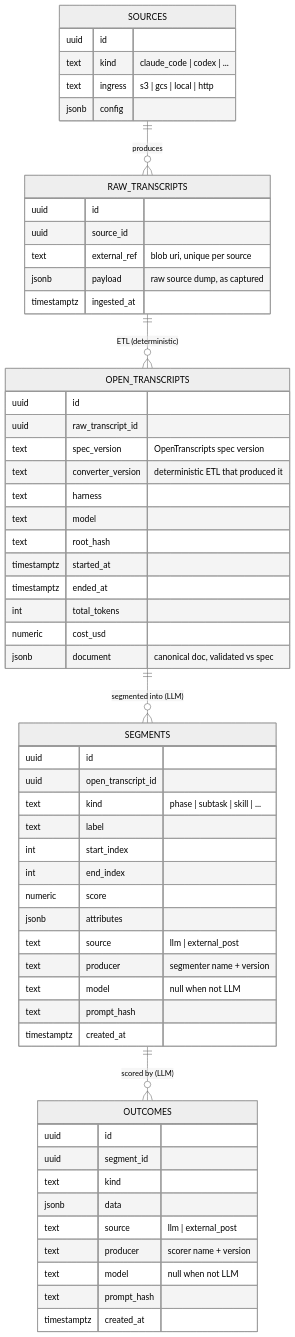
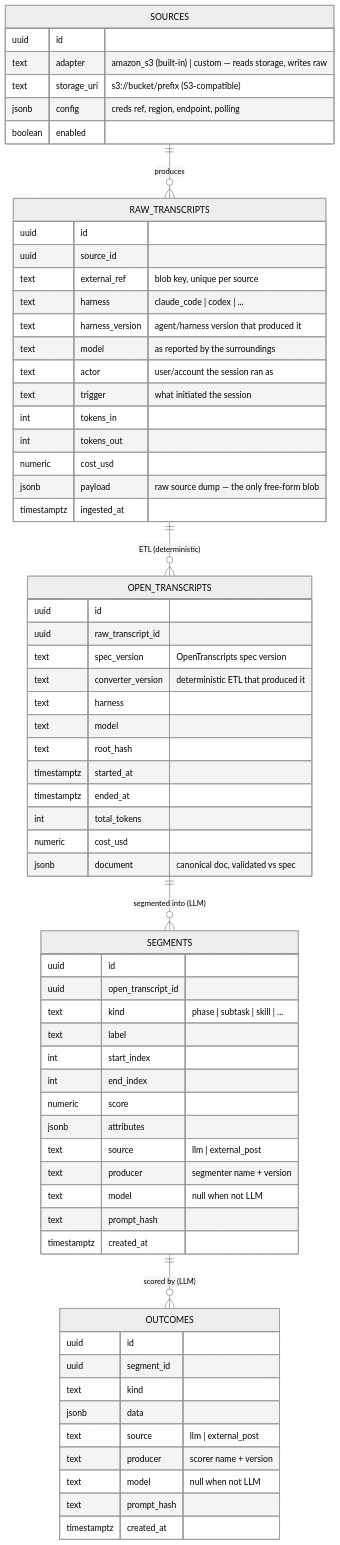
The second of 4 diagrams in docs/architecture.md (pulsemcp/switchboard), drawn with Mermaid (neutral theme) before and after one commit. The commit also changed other lines of this file and 3 other files, not shown here.

First line of the commit message:
docs: pluggable source adapters, raw sidecar columns, auth trajectory, agent-instruction layout

````diff
--- a/docs/architecture.md
+++ b/docs/architecture.md
@@ -64,61 +67,70 @@
 ```mermaid
 erDiagram
   SOURCES          ||--o{ RAW_TRANSCRIPTS  : produces
   RAW_TRANSCRIPTS  ||--o{ OPEN_TRANSCRIPTS : "ETL (deterministic)"
   OPEN_TRANSCRIPTS ||--o{ SEGMENTS         : "segmented into (LLM)"
   SEGMENTS         ||--o{ OUTCOMES         : "scored by (LLM)"
 
   SOURCES {
     uuid id
-    text kind             "claude_code | codex | ..."
-    text ingress          "s3 | gcs | local | http"
-    jsonb config
+    text adapter          "amazon_s3 (built-in) | custom — reads storage, writes raw"
+    text storage_uri      "s3://bucket/prefix (S3-compatible)"
+    jsonb config          "creds ref, region, endpoint, polling"
+    boolean enabled
   }
   RAW_TRANSCRIPTS {
     uuid id
     uuid source_id
-    text external_ref     "blob uri, unique per source"
-    jsonb payload         "raw source dump, as captured"
+    text external_ref     "blob key, unique per source"
+    text harness          "claude_code | codex | ..."
+    text harness_version  "agent/harness version that produced it"
+    text model            "as reported by the surroundings"
+    text actor            "user/account the session ran as"
+    text trigger          "what initiated the session"
+    int  tokens_in
+    int  tokens_out
+    numeric cost_usd
+    jsonb payload         "raw source dump — the only free-form blob"
     timestamptz ingested_at
   }
   OPEN_TRANSCRIPTS {
     uuid id
     uuid raw_transcript_id
     text spec_version     "OpenTranscripts spec version"
     text converter_version "deterministic ETL that produced it"
     text harness
     text model
     text root_hash
     timestamptz started_at
     timestamptz ended_at
     int  total_tokens
     numeric cost_usd
     jsonb document        "canonical doc, validated vs spec"
   }
   SEGMENTS {
     uuid id
     uuid open_transcript_id
     text kind             "phase | subtask | skill | ..."
     text label
     int  start_index
     int  end_index
     numeric score
     jsonb attributes
     text source           "llm | external_post"
     text producer         "segmenter name + version"
     text model            "null when not LLM"
     text prompt_hash
     timestamptz created_at
   }
   OUTCOMES {
     uuid id
     uuid segment_id
     text kind
     jsonb data
     text source           "llm | external_post"
     text producer         "scorer name + version"
     text model            "null when not LLM"
     text prompt_hash
     timestamptz created_at
   }
 ```
````
